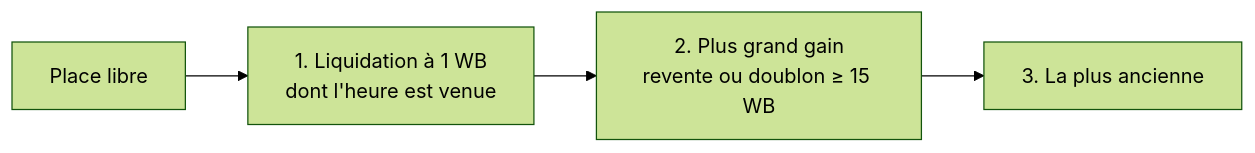
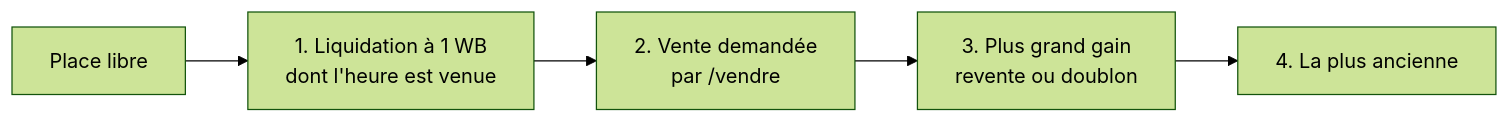
One commit to MaKSiiMe/WikiMastered changed the fifth of 8 diagrams in docs/FONCTIONNEMENT.md. Above: the diagram before and after it, drawn with Mermaid (forest theme). The commit also changed other lines of this file and 21 other files, not shown here.

````diff
--- a/docs/FONCTIONNEMENT.md
+++ b/docs/FONCTIONNEMENT.md
@@ -135,6 +148,7 @@
 ```mermaid
 flowchart LR
     P["Place libre"] --> A["1. Liquidation à 1 WB<br/>dont l'heure est venue"]
-    A --> B["2. Plus grand gain<br/>revente ou doublon ≥ 15 WB"]
-    B --> C["3. La plus ancienne"]
+    A --> V["2. Vente demandée<br/>par /vendre"]
+    V --> B["3. Plus grand gain<br/>revente ou doublon"]
+    B --> C["4. La plus ancienne"]
 ```
````
